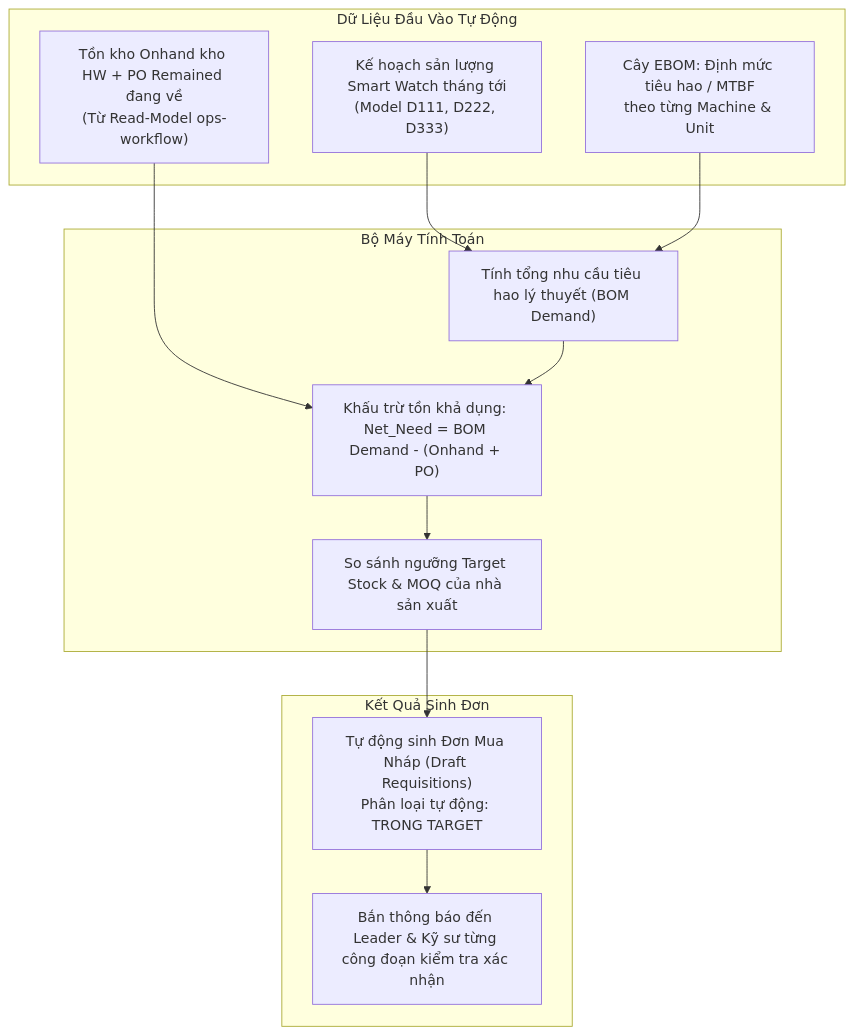
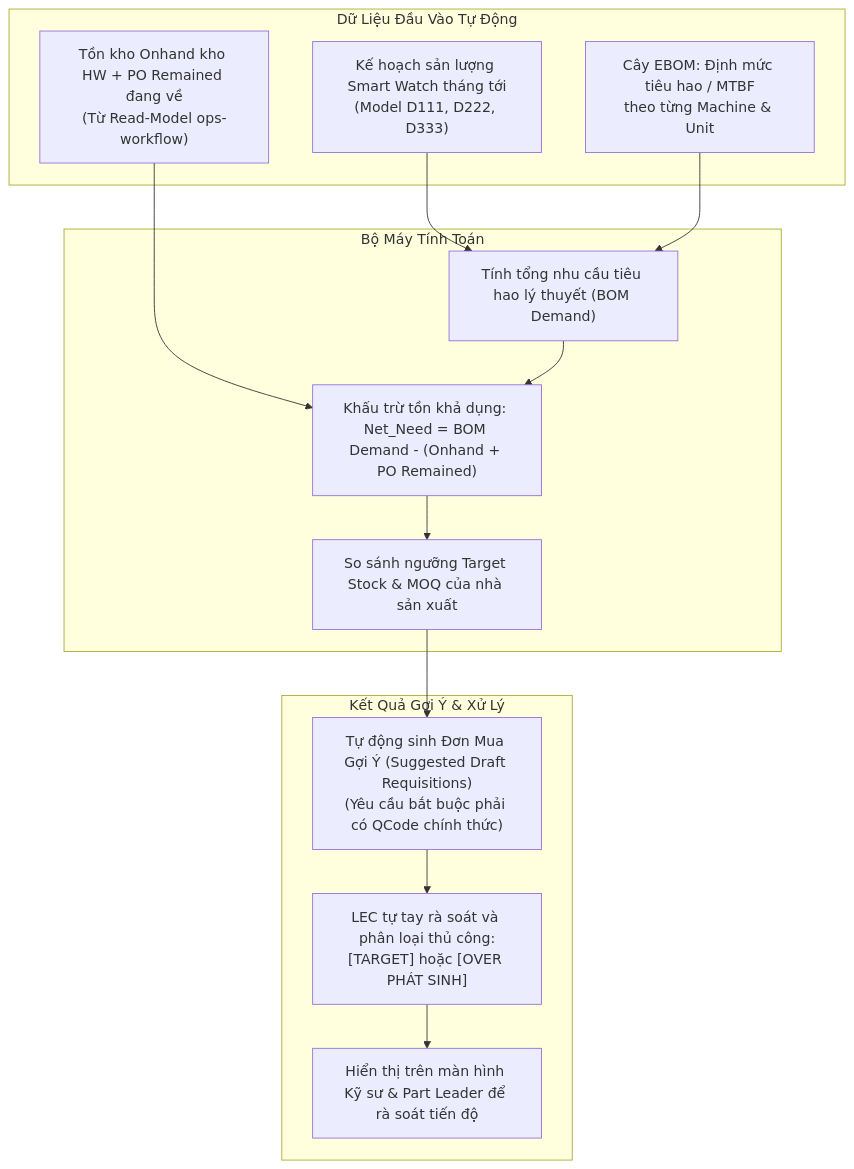
Before and after one commit to longphamduc-vn/ops-workflow: the diagram in procurement-system/02-requestor-and-leader-portal/03-auto-requisition-engine.md, drawn with Mermaid. The commit also changed other lines of this file and 37 other files, not shown here.

````diff
--- a/procurement-system/02-requestor-and-leader-portal/03-auto-requisition-engine.md
+++ b/procurement-system/02-requestor-and-leader-portal/03-auto-requisition-engine.md
@@ -7,23 +12,24 @@
 ```mermaid
 flowchart TD
     subgraph Inputs["Dữ Liệu Đầu Vào Tự Động"]
         P_Plan["Kế hoạch sản lượng Smart Watch tháng tới\n(Model D111, D222, D333)"]
         EBOM_Norm["Cây EBOM: Định mức tiêu hao / MTBF\ntheo từng Machine & Unit"]
         Stock["Tồn kho Onhand kho HW + PO Remained đang về\n(Từ Read-Model ops-workflow)"]
     end
 
     subgraph Calculation["Bộ Máy Tính Toán"]
         Step1["Tính tổng nhu cầu tiêu hao lý thuyết (BOM Demand)"]
-        Step2["Khấu trừ tồn khả dụng: Net_Need = BOM Demand - (Onhand + PO)"]
+        Step2["Khấu trừ tồn khả dụng: Net_Need = BOM Demand - (Onhand + PO Remained)"]
         Step3["So sánh ngưỡng Target Stock & MOQ của nhà sản xuất"]
     end
 
-    subgraph Output["Kết Quả Sinh Đơn"]
-        Draft["Tự động sinh Đơn Mua Nháp (Draft Requisitions)\nPhân loại tự động: TRONG TARGET"]
-        Notify["Bắn thông báo đến Leader & Kỹ sư từng công đoạn kiểm tra xác nhận"]
+    subgraph Output["Kết Quả Gợi Ý & Xử Lý"]
+        Draft["Tự động sinh Đơn Mua Gợi Ý (Suggested Draft Requisitions)\n(Yêu cầu bắt buộc phải có QCode chính thức)"]
+        LECEval["LEC tự tay rà soát và phân loại thủ công:\n[TARGET] hoặc [OVER PHÁT SINH]"]
+        Notify["Hiển thị trên màn hình Kỹ sư & Part Leader để rà soát tiến độ"]
     end
 
     P_Plan & EBOM_Norm --> Step1
     Stock --> Step2
-    Step1 --> Step2 --> Step3 --> Draft --> Notify
+    Step1 --> Step2 --> Step3 --> Draft --> LECEval --> Notify
 ```
````
